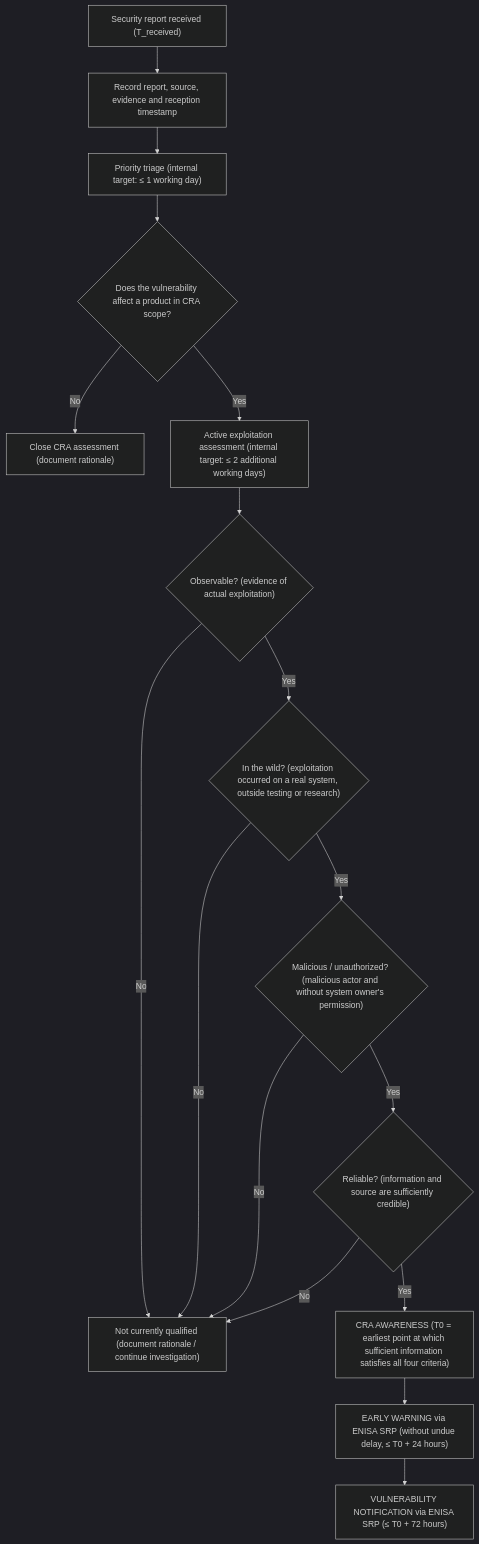
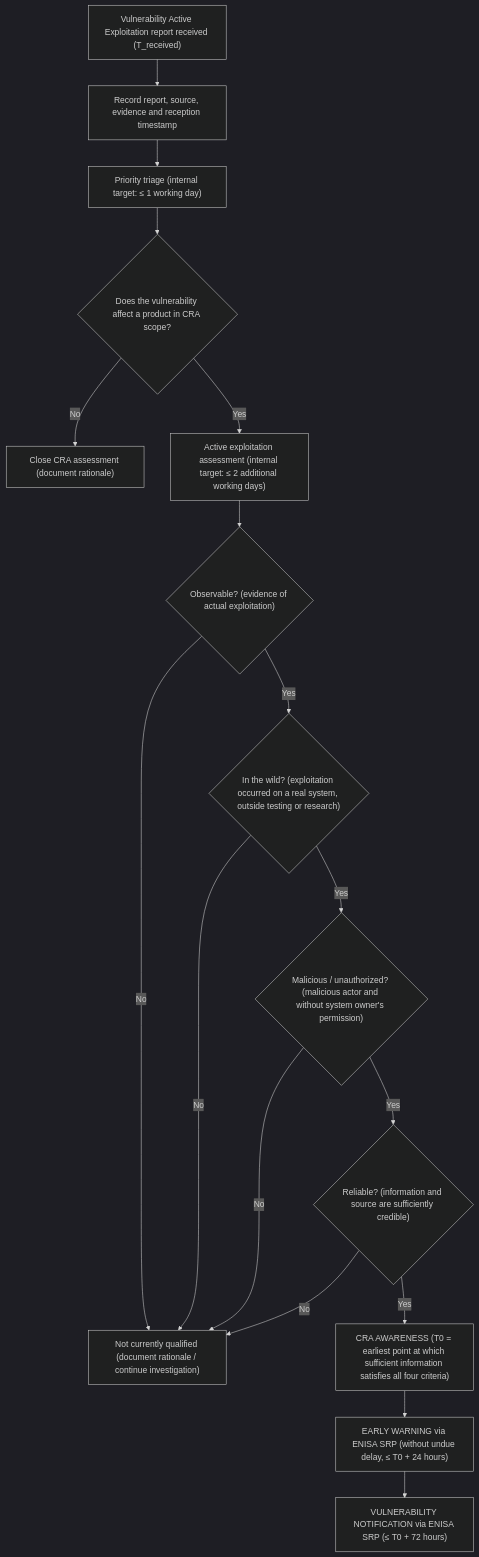
Before and after one commit to rfoucard/cra-fast-track: the diagram in templates/actively-exploited-vulnerability-process.md, drawn with Mermaid (dark theme).

````diff
--- a/templates/actively-exploited-vulnerability-process.md
+++ b/templates/actively-exploited-vulnerability-process.md
@@ -3,31 +3,31 @@
 ```mermaid
 flowchart TD
 
-    A["Security report received (T_received)"] --> B["Record report, source, evidence and reception timestamp"]
+    A["Vulnerability Active Exploitation report received (T_received)"] --> B["Record report, source, evidence and reception timestamp"]
 
     B --> C["Priority triage (internal target: ≤ 1 working day)"]
 
     C --> D{"Does the vulnerability affect a product in CRA scope?"}
 
     D -- "No" --> X["Close CRA assessment (document rationale)"]
 
     D -- "Yes" --> E["Active exploitation assessment (internal target: ≤ 2 additional working days)"]
 
     E --> F{"Observable? (evidence of actual exploitation)"}
 
     F -- "No" --> Y["Not currently qualified (document rationale / continue investigation)"]
     F -- "Yes" --> G{"In the wild? (exploitation occurred on a real system, outside testing or research)"}
 
     G -- "No" --> Y
     G -- "Yes" --> H{"Malicious / unauthorized? (malicious actor and without system owner's permission)"}
 
     H -- "No" --> Y
     H -- "Yes" --> I{"Reliable? (information and source are sufficiently credible)"}
 
     I -- "No" --> Y
     I -- "Yes" --> L["CRA AWARENESS (T0 = earliest point at which sufficient information satisfies all four criteria)"]
 
     L --> M["EARLY WARNING via ENISA SRP (without undue delay, ≤ T0 + 24 hours)"]
 
     M --> N["VULNERABILITY NOTIFICATION via ENISA SRP (≤ T0 + 72 hours)"]
 ```
````
